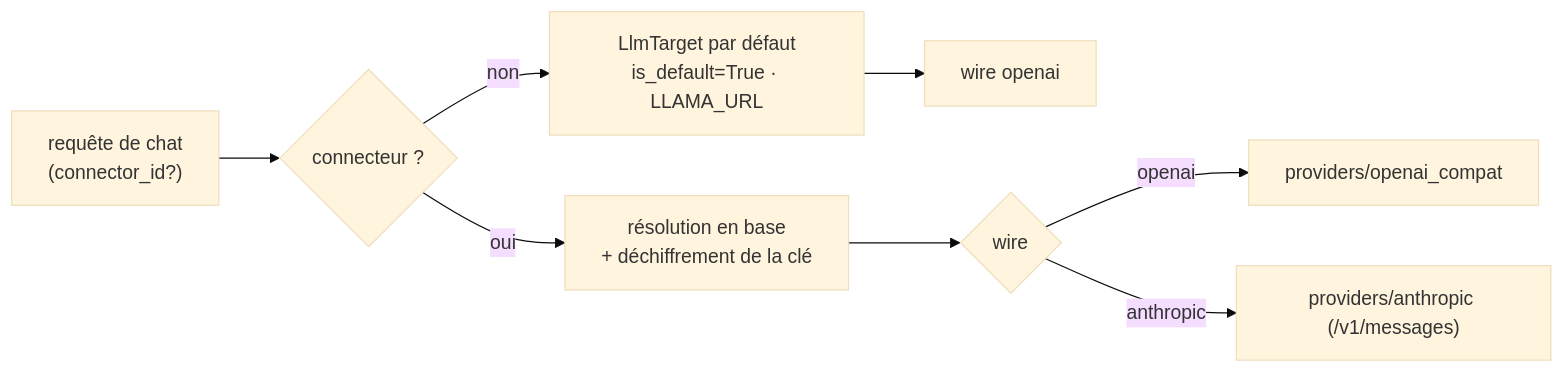
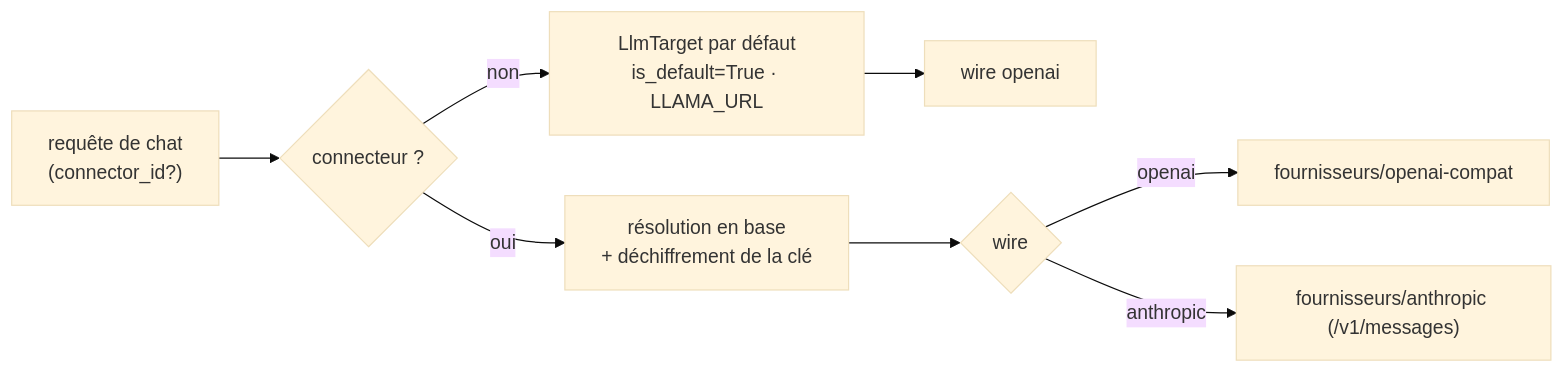
One commit to toto-fou/Elpis changed the eighth of 16 diagrams in docs/architecture.md. Above: the diagram before and after it, drawn with Mermaid (base theme). The commit also changed other lines of this file and 2475 other files, not shown here.

````diff
--- a/docs/architecture.md
+++ b/docs/architecture.md
@@ -802,10 +822,10 @@
 ```mermaid
 flowchart LR
     Req["requête de chat<br/>(connector_id?)"] --> Res{"connecteur ?"}
     Res -- non --> Def["LlmTarget par défaut<br/>is_default=True · LLAMA_URL"]
     Res -- oui --> Conn["résolution en base<br/>+ déchiffrement de la clé"]
     Def --> W1["wire openai"]
     Conn --> W2{"wire"}
-    W2 -- openai --> P1["providers/openai_compat"]
-    W2 -- anthropic --> P2["providers/anthropic (/v1/messages)"]
+    W2 -- openai --> P1["fournisseurs/openai-compat"]
+    W2 -- anthropic --> P2["fournisseurs/anthropic (/v1/messages)"]
 ```
````
